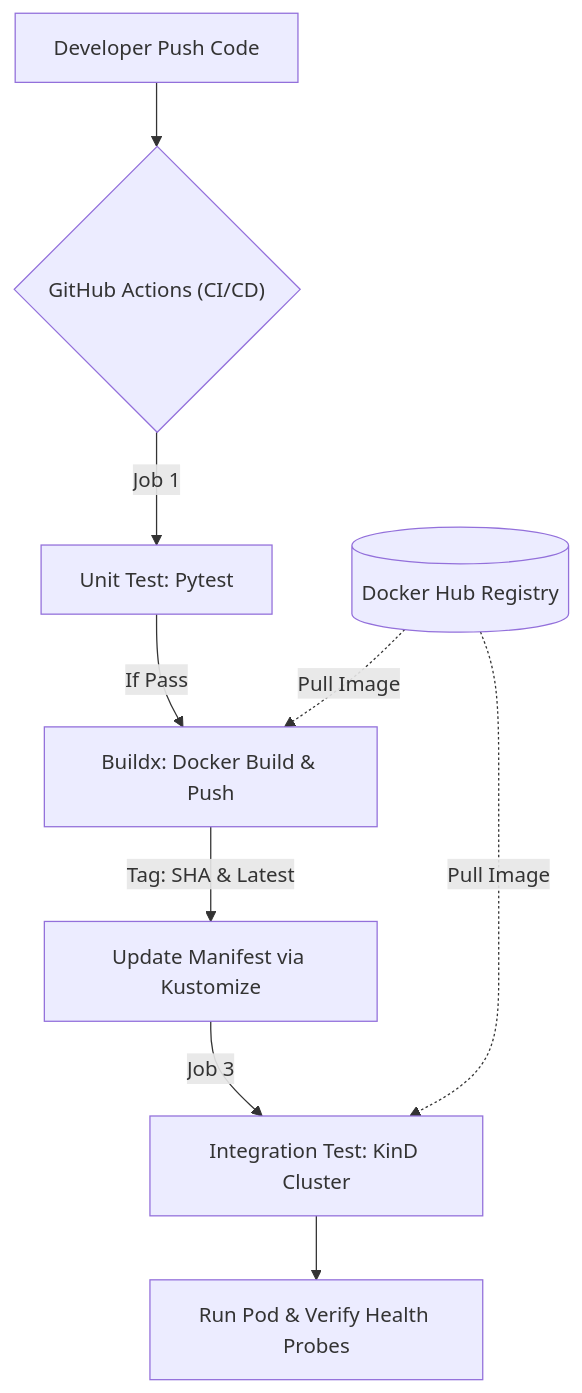
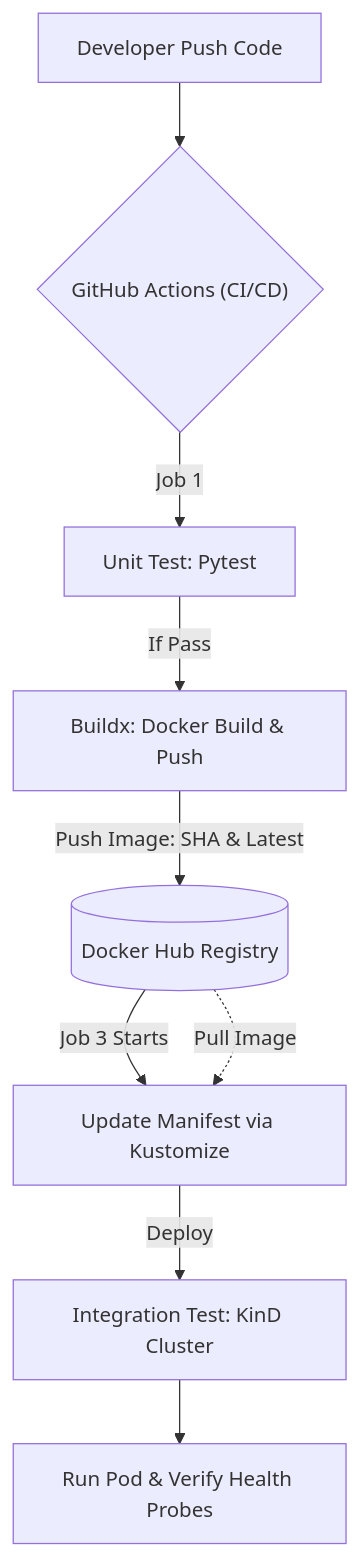
Before and after one commit to seizenz7/devops-flask-ci-cd-kubernetes: the diagram in README.md, drawn with Mermaid.

Commit message:
Revise CI/CD flowchart in README.md
Updated flowchart to reflect changes in Docker image handling and integration testing.

````diff
--- a/README.md
+++ b/README.md
@@ -23,12 +23,13 @@
 ```mermaid
 flowchart TD
     A[Developer Push Code] --> B{"GitHub Actions (CI/CD)"}
     B -->|Job 1| C[Unit Test: Pytest]
     C -->|If Pass| D[Buildx: Docker Build & Push]
-    D -->|Tag: SHA & Latest| E[Update Manifest via Kustomize]
-    E -->|Job 3| F[Integration Test: KinD Cluster]
+    
+    D -->|Push Image: SHA & Latest| H[(Docker Hub Registry)]
+    
+    H -->|Job 3 Starts| E[Update Manifest via Kustomize]
+    E -->|Deploy| F[Integration Test: KinD Cluster]
+    H -.->|Pull Image| E
     F --> G[Run Pod & Verify Health Probes]
-    
-    H[(Docker Hub Registry)] -.->|Pull Image| D
-    H -.->|Pull Image| F
 ```
````
